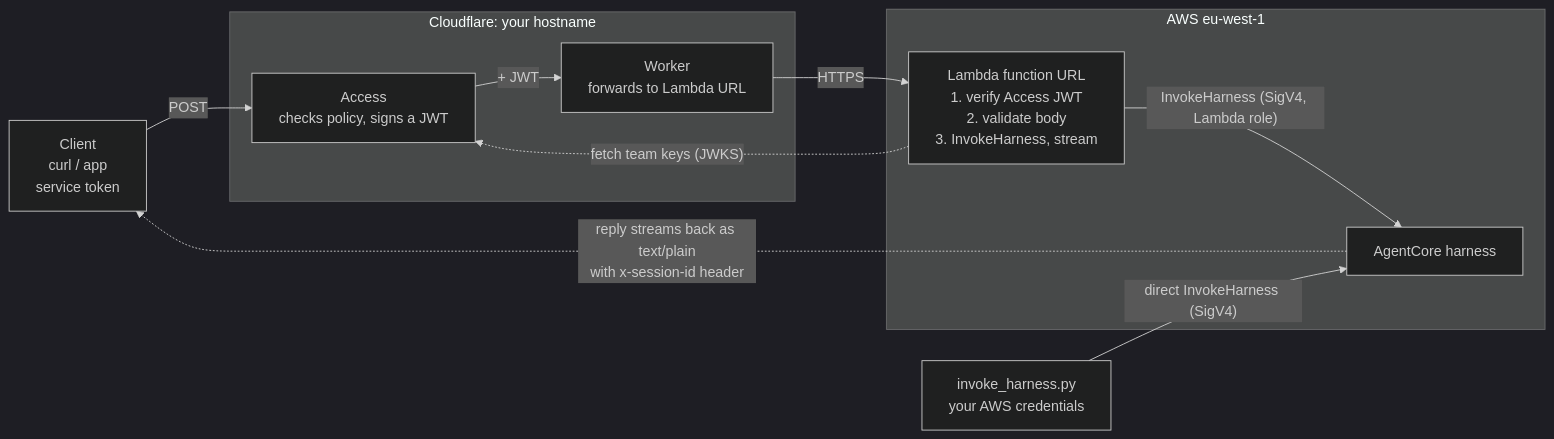
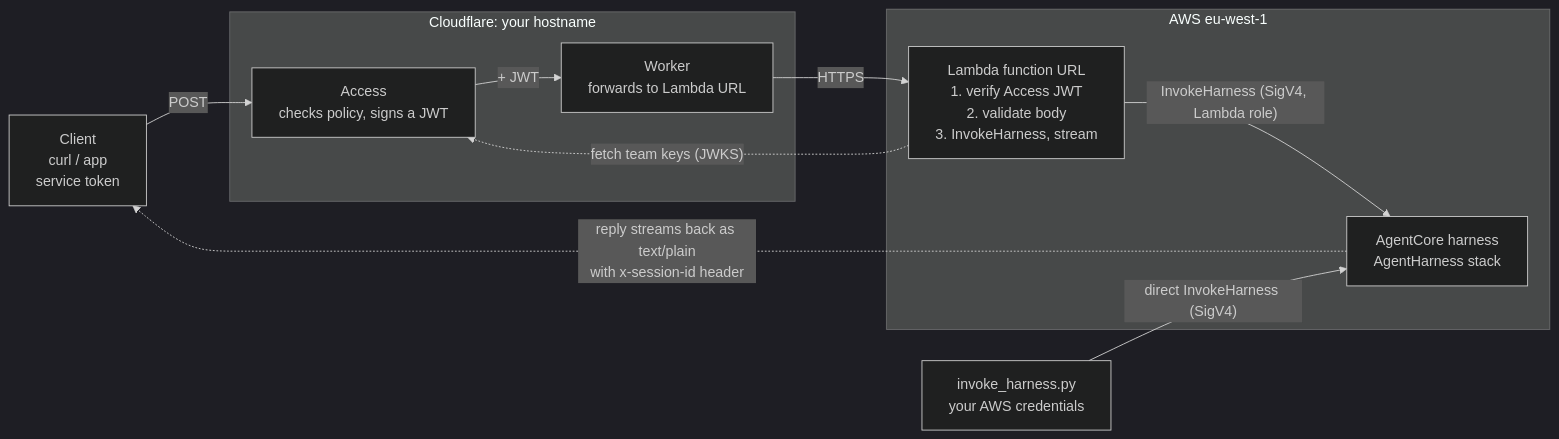
The diagram in README.md (fredrikp999/agentcore-harness-proxy), drawn with Mermaid (dark theme) before and after one commit. The commit also changed other lines of this file and 8 other files, not shown here.

First line of the commit message:
Manage the AgentCore harness in its own CDK stack

````diff
--- a/README.md
+++ b/README.md
@@ -111,23 +120,23 @@
 ```mermaid
 flowchart LR
   client["Client<br/>curl / app<br/>service token"]
 
   subgraph cf["Cloudflare: your hostname"]
     access["Access<br/>checks policy, signs a JWT"]
     origin["Worker<br/>forwards to Lambda URL"]
   end
 
   subgraph aws["AWS eu-west-1"]
     lambda["Lambda function URL<br/>1. verify Access JWT<br/>2. validate body<br/>3. InvokeHarness, stream"]
-    harness["AgentCore harness"]
+    harness["AgentCore harness<br/>AgentHarness stack"]
   end
 
   client -->|"POST"| access
   access -->|"+ JWT"| origin
   origin -->|"HTTPS"| lambda
   lambda -->|"InvokeHarness (SigV4, Lambda role)"| harness
   lambda -.->|"fetch team keys (JWKS)"| access
   harness -.->|"reply streams back as text/plain<br/>with x-session-id header"| client
 
   script["invoke_harness.py<br/>your AWS credentials"] -->|"direct InvokeHarness (SigV4)"| harness
 ```
````
